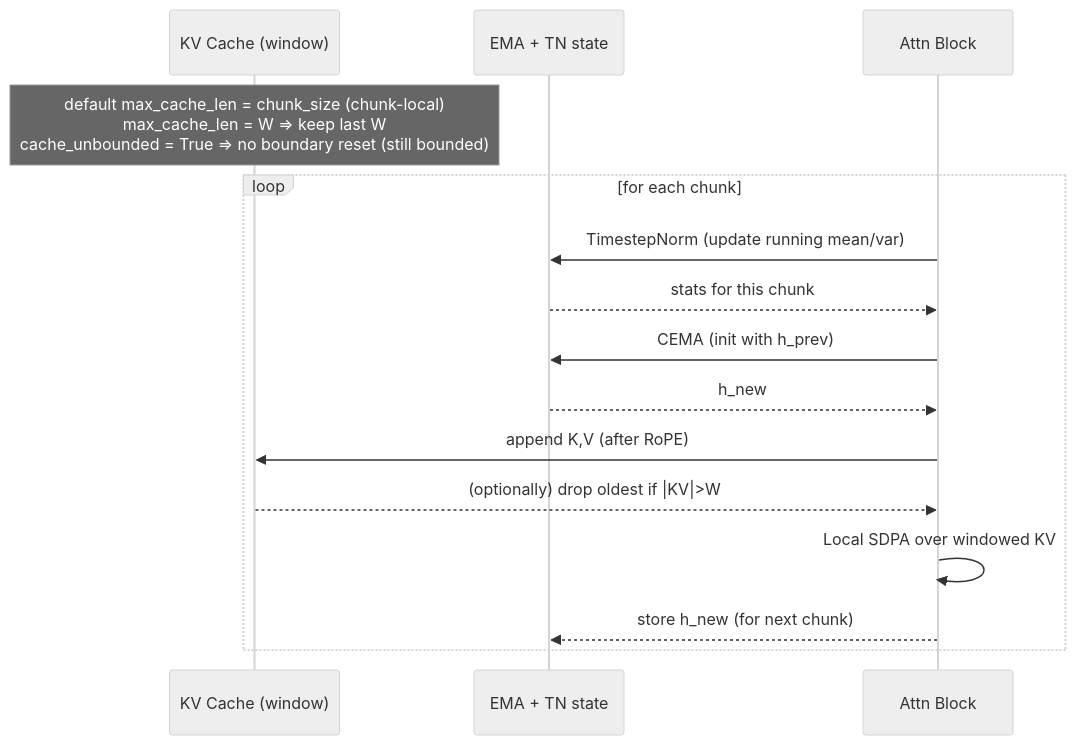
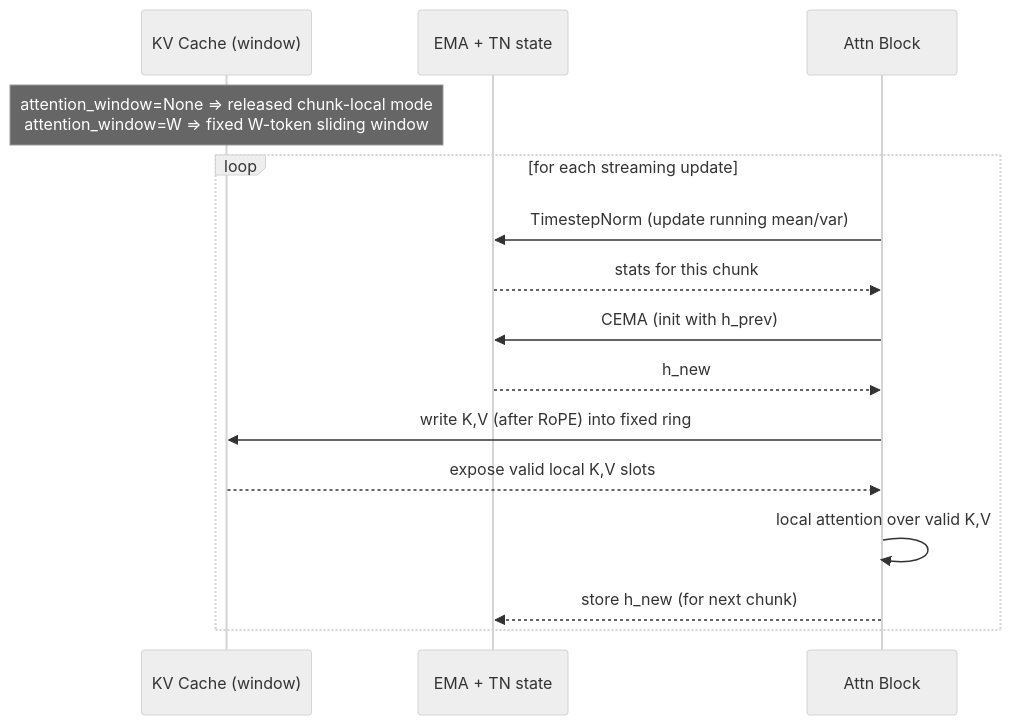
Before and after one commit to pszemraj/megalodon-jax: the second of 3 diagrams in docs/long-context-streaming.md, drawn with Mermaid (neutral theme). The commit also changed other lines of this file and 49 other files, not shown here.

````diff
--- a/docs/long-context-streaming.md
+++ b/docs/long-context-streaming.md
@@ -55,18 +55,18 @@
 ```mermaid
 sequenceDiagram
     participant Cache as KV Cache (window)
     participant State as EMA + TN state
     participant Block as Attn Block
-    Note over Cache: default max_cache_len = chunk_size (chunk-local)<br/>max_cache_len = W => keep last W<br/>cache_unbounded = True => no boundary reset (still bounded)
+    Note over Cache: attention_window=None => released chunk-local mode<br/>attention_window=W => fixed W-token sliding window
 
-    Loop for each chunk
+    Loop for each streaming update
         Block->>State: TimestepNorm (update running mean/var)
         State-->>Block: stats for this chunk
         Block->>State: CEMA (init with h_prev)
         State-->>Block: h_new
-        Block->>Cache: append K,V (after RoPE)
-        Cache-->>Block: (optionally) drop oldest if |KV|>W
-        Block->>Block: Local SDPA over windowed KV
+        Block->>Cache: write K,V (after RoPE) into fixed ring
+        Cache-->>Block: expose valid local K,V slots
+        Block->>Block: local attention over valid K,V
         Block-->>State: store h_new (for next chunk)
     end
 ```
````
